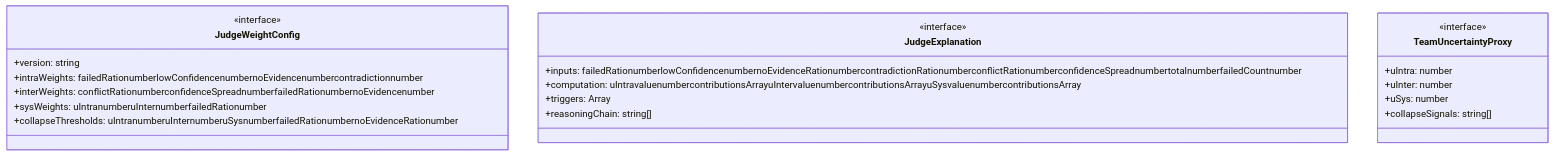
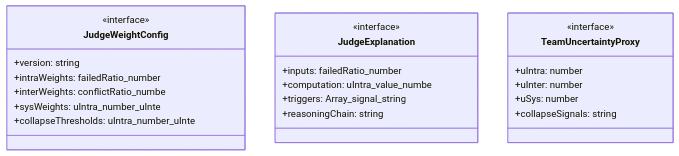
The first of 4 diagrams in ABDD/.pi/extensions/agent-teams/judge.md (Mekann2904/mekann), drawn with Mermaid before and after one commit. The commit also changed other lines of this file and 174 other files, not shown here.

First line of the commit message:
fix(docs): ABDDのMermaid図生成エラーを修正する

````diff
--- a/ABDD/.pi/extensions/agent-teams/judge.md
+++ b/ABDD/.pi/extensions/agent-teams/judge.md
@@ -46,25 +46,25 @@
 ```mermaid
 classDiagram
   class JudgeWeightConfig {
     <<interface>>
     +version: string
-    +intraWeights: failedRationumberlowConfidencenumbernoEvidencenumbercontradictionnumber
-    +interWeights: conflictRationumberconfidenceSpreadnumberfailedRationumbernoEvidencenumber
-    +sysWeights: uIntranumberuInternumberfailedRationumber
-    +collapseThresholds: uIntranumberuInternumberuSysnumberfailedRationumbernoEvidenceRationumber
+    +intraWeights: failedRatio_number
+    +interWeights: conflictRatio_numbe
+    +sysWeights: uIntra_number_uInte
+    +collapseThresholds: uIntra_number_uInte
   }
   class JudgeExplanation {
     <<interface>>
-    +inputs: failedRationumberlowConfidencenumbernoEvidenceRationumbercontradictionRationumberconflictRationumberconfidenceSpreadnumbertotalnumberfailedCountnumber
-    +computation: uIntravaluenumbercontributionsArray<factorstringweightnumbervaluenumbercontributionnumber>uIntervaluenumbercontributionsArray<factorstringweightnumbervaluenumbercontributionnumber>uSysvaluenumbercontributionsArray<factorstringweightnumbervaluenumbercontributionnumber>
-    +triggers: Array<signalstringactualValuenumberthresholdnumbertriggeredboolean>
-    +reasoningChain: string[]
+    +inputs: failedRatio_number
+    +computation: uIntra_value_numbe
+    +triggers: Array_signal_string
+    +reasoningChain: string
   }
   class TeamUncertaintyProxy {
     <<interface>>
     +uIntra: number
     +uInter: number
     +uSys: number
-    +collapseSignals: string[]
+    +collapseSignals: string
   }
 ```
````
